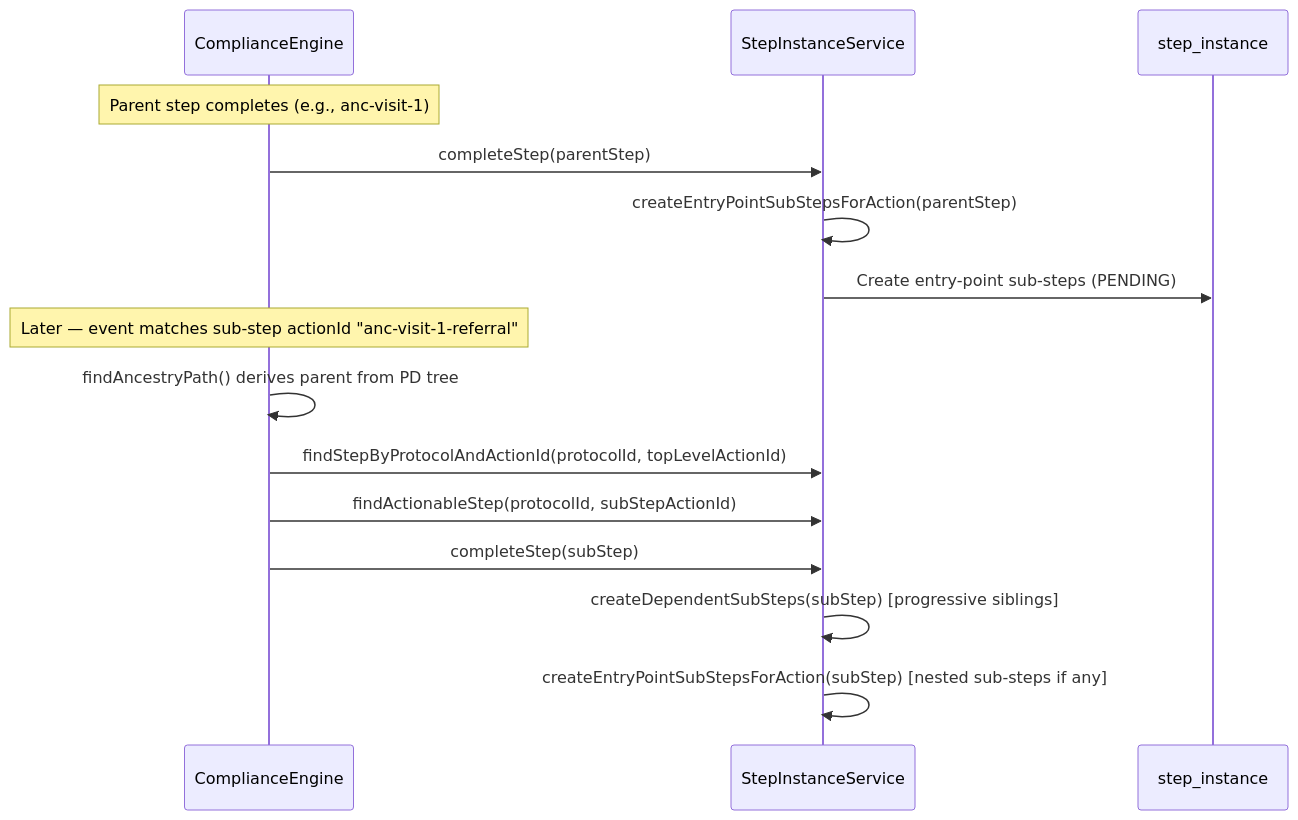
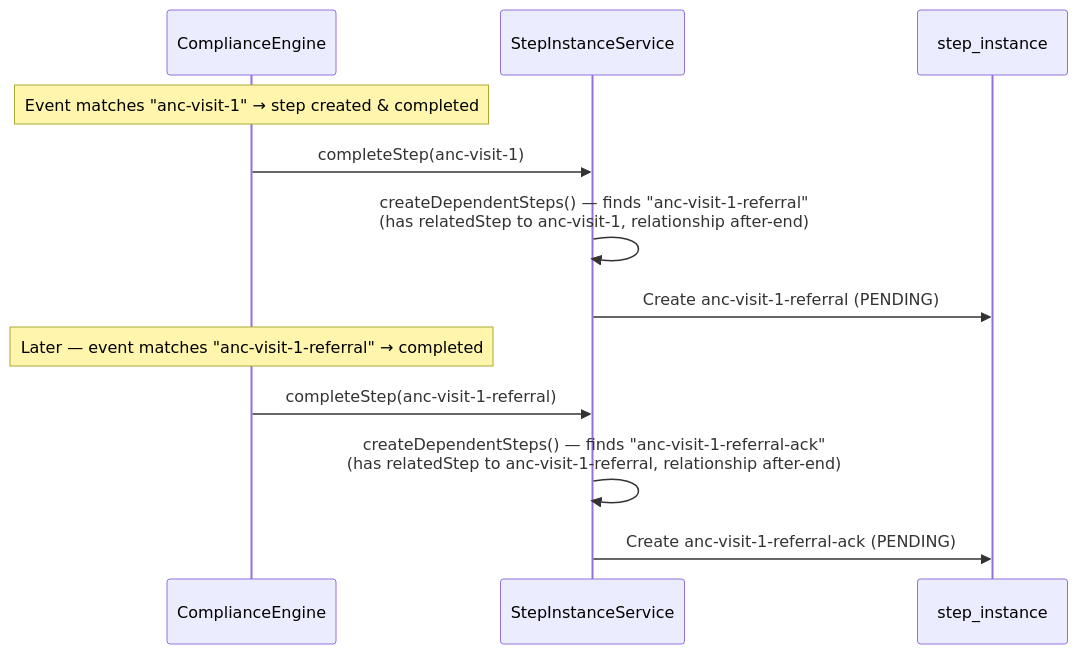
One commit to Jayaprakash8887/cce-compliance-service changed the ninth of 9 diagrams in docs/architecture-overview.md. Above: the diagram before and after it, drawn with Mermaid. The commit also changed other lines of this file and 7 other files, not shown here.

First line of the commit message:
feat: implement flat sub-step model and actionId validation

````diff
--- a/docs/architecture-overview.md
+++ b/docs/architecture-overview.md
@@ -664,19 +706,16 @@
 ```mermaid
 sequenceDiagram
     participant Engine as ComplianceEngine
     participant SIS as StepInstanceService
     participant DB as step_instance
 
-    Note over Engine: Parent step completes (e.g., anc-visit-1)
-    Engine->>SIS: completeStep(parentStep)
-    SIS->>SIS: createEntryPointSubStepsForAction(parentStep)
-    SIS->>DB: Create entry-point sub-steps (PENDING)
-    
-    Note over Engine: Later — event matches sub-step actionId "anc-visit-1-referral"
-    Engine->>Engine: findAncestryPath() derives parent from PD tree
-    Engine->>SIS: findStepByProtocolAndActionId(protocolId, topLevelActionId)
-    Engine->>SIS: findActionableStep(protocolId, subStepActionId)
-    Engine->>SIS: completeStep(subStep)
-    SIS->>SIS: createDependentSubSteps(subStep) [progressive siblings]
-    SIS->>SIS: createEntryPointSubStepsForAction(subStep) [nested sub-steps if any]
+    Note over Engine: Event matches "anc-visit-1" → step created & completed
+    Engine->>SIS: completeStep(anc-visit-1)
+    SIS->>SIS: createDependentSteps() — finds "anc-visit-1-referral"<br/>(has relatedStep to anc-visit-1, relationship after-end)
+    SIS->>DB: Create anc-visit-1-referral (PENDING)
+
+    Note over Engine: Later — event matches "anc-visit-1-referral" → completed
+    Engine->>SIS: completeStep(anc-visit-1-referral)
+    SIS->>SIS: createDependentSteps() — finds "anc-visit-1-referral-ack"<br/>(has relatedStep to anc-visit-1-referral, relationship after-end)
+    SIS->>DB: Create anc-visit-1-referral-ack (PENDING)
 ```
````
